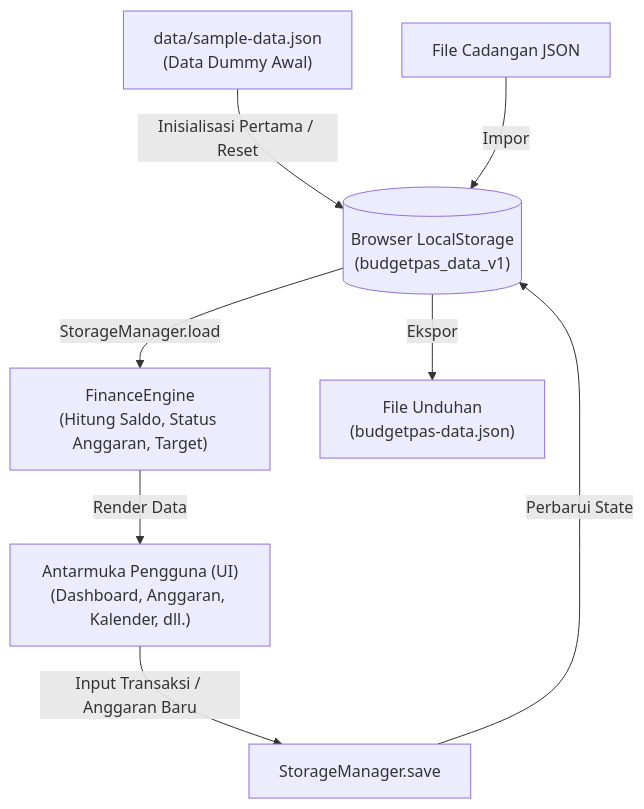
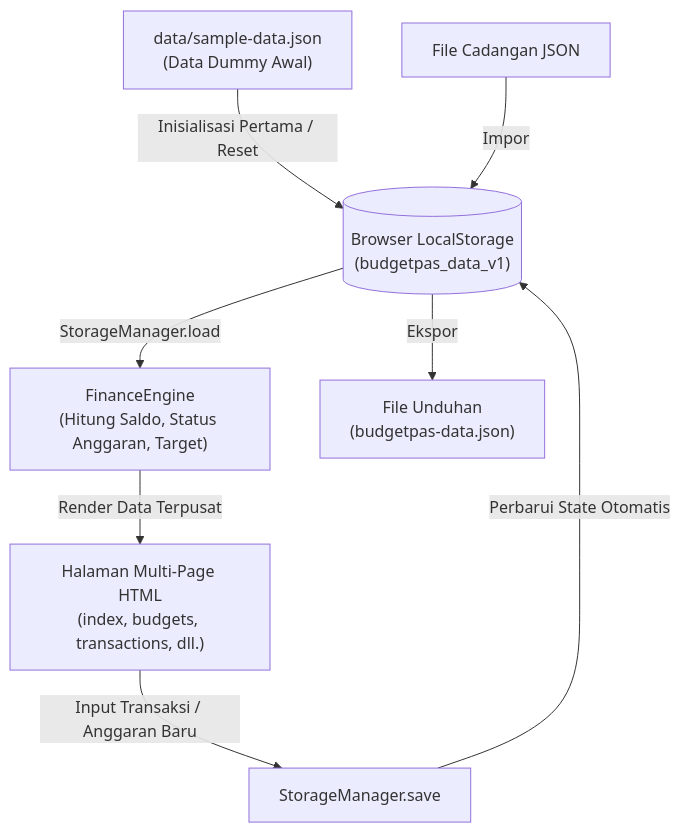
Before and after one commit to Mighayate/BudgetPas: the diagram in README.md, drawn with Mermaid. The commit also changed other lines of this file, not shown here.

````diff
--- a/README.md
+++ b/README.md
@@ -205,10 +222,10 @@
 ```mermaid
 flowchart TD
     A["data/sample-data.json<br>(Data Dummy Awal)"] -->|Inisialisasi Pertama / Reset| B[("Browser LocalStorage<br>(budgetpas_data_v1)")]
     B -->|StorageManager.load| C["FinanceEngine<br>(Hitung Saldo, Status Anggaran, Target)"]
-    C -->|Render Data| D["Antarmuka Pengguna (UI)<br>(Dashboard, Anggaran, Kalender, dll.)"]
+    C -->|Render Data Terpusat| D["Halaman Multi-Page HTML<br>(index, budgets, transactions, dll.)"]
     D -->|Input Transaksi / Anggaran Baru| E["StorageManager.save"]
-    E -->|Perbarui State| B
+    E -->|Perbarui State Otomatis| B
     B -->|Ekspor| F["File Unduhan<br>(budgetpas-data.json)"]
     G["File Cadangan JSON"] -->|Impor| B
 ```
````
